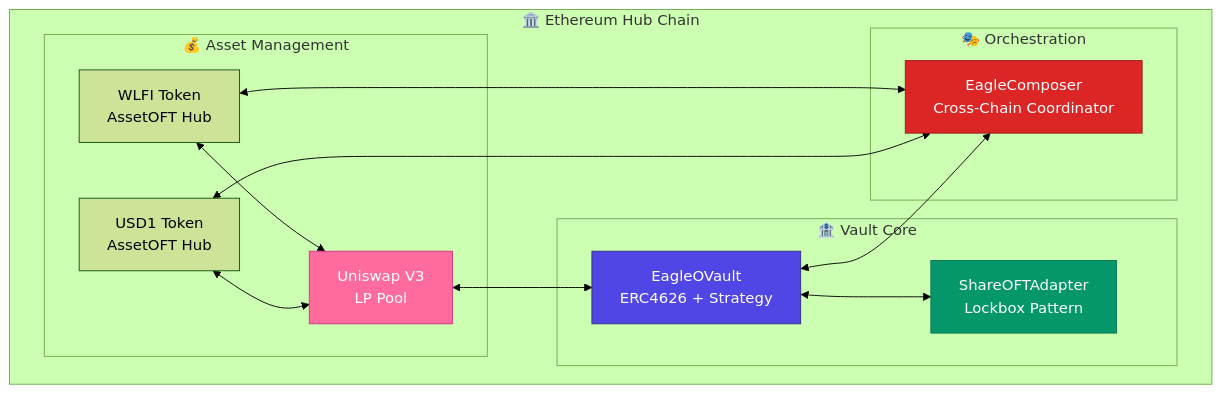
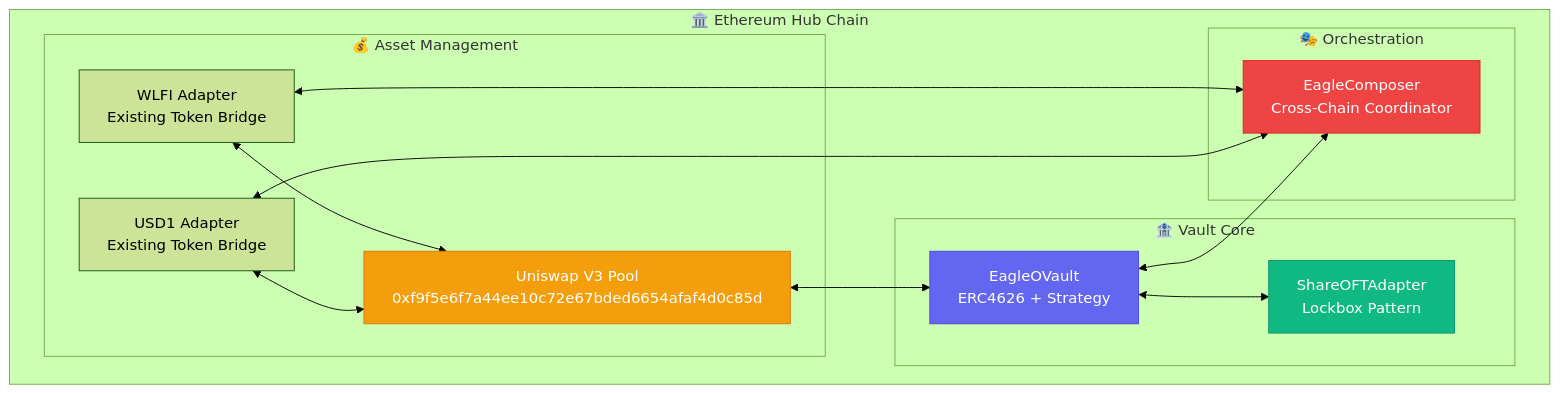
The first of 5 diagrams in docs/dev/architecture.md (47-Eagle/docs), drawn with Mermaid (forest theme) before and after one commit. The commit also changed other lines of this file and 2 other files, not shown here.

````diff
--- a/docs/dev/architecture.md
+++ b/docs/dev/architecture.md
@@ -26,32 +125,32 @@
 ```mermaid
 graph TB
     subgraph "🏛️ Ethereum Hub Chain"
         subgraph "💰 Asset Management"
-            WLFI[WLFI Token<br/>AssetOFT Hub]
-            USD1[USD1 Token<br/>AssetOFT Hub]
-            UV3[Uniswap V3<br/>LP Pool]
+            WLFI[WLFI Adapter<br/>Existing Token Bridge]
+            USD1[USD1 Adapter<br/>Existing Token Bridge]
+            UV3[Uniswap V3 Pool<br/>0xf9f5e6f7a44ee10c72e67bded6654afaf4d0c85d]
         end
         
         subgraph "🏦 Vault Core"
             EV[EagleOVault<br/>ERC4626 + Strategy]
             SA[ShareOFTAdapter<br/>Lockbox Pattern]
         end
         
         subgraph "🎭 Orchestration"
             EC[EagleComposer<br/>Cross-Chain Coordinator]
         end
         
         WLFI <--> UV3
         USD1 <--> UV3
         UV3 <--> EV
         EV <--> SA
         EV <--> EC
         WLFI <--> EC
         USD1 <--> EC
     end
     
-    style EV fill:#4f46e5,stroke:#312e81,color:#fff
-    style SA fill:#059669,stroke:#047857,color:#fff
-    style EC fill:#dc2626,stroke:#991b1b,color:#fff
-    style UV3 fill:#ff6b9d,stroke:#d63384,color:#fff
+    style EV fill:#6366f1,stroke:#4f46e5,color:#fff
+    style SA fill:#10b981,stroke:#059669,color:#fff
+    style EC fill:#ef4444,stroke:#dc2626,color:#fff
+    style UV3 fill:#f59e0b,stroke:#d97706,color:#fff
 ```
````
